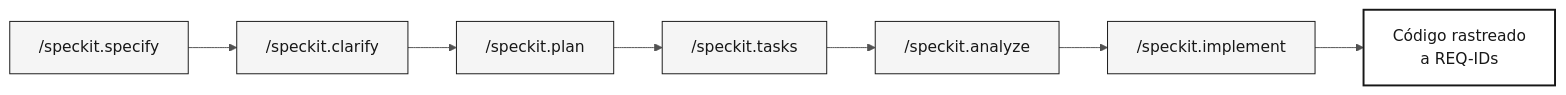
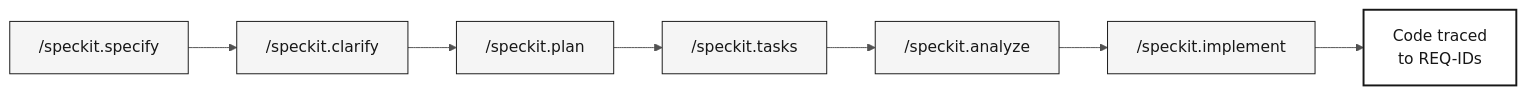
Before and after one commit to paulasilvatech/datacorp-mm-team-kit: the diagram in specs/README.md, drawn with Mermaid. The commit also changed other lines of this file and 169 other files, not shown here.

````diff
--- a/specs/README.md
+++ b/specs/README.md
@@ -48,13 +46,13 @@
 ```mermaid
 %%{init: {'theme':'neutral','themeVariables':{'fontFamily':'ui-sans-serif, system-ui, sans-serif','primaryColor':'#F5F5F5','primaryTextColor':'#171717','primaryBorderColor':'#171717','lineColor':'#525252','secondaryColor':'#FFFFFF','tertiaryColor':'#FAFAFA','background':'#FFFFFF'}}}%%
 flowchart LR
     classDef step fill:#F5F5F5,stroke:#171717,color:#171717
     classDef result fill:#FFFFFF,stroke:#171717,color:#171717,stroke-width:2px
 
     A["/speckit.specify"]:::step --> B["/speckit.clarify"]:::step
     B --> C["/speckit.plan"]:::step
     C --> D["/speckit.tasks"]:::step
     D --> E["/speckit.analyze"]:::step
     E --> F["/speckit.implement"]:::step
-    F --> G["Código rastreado<br/>a REQ-IDs"]:::result
+    F --> G["Code traced<br/>to REQ-IDs"]:::result
 ```
````
